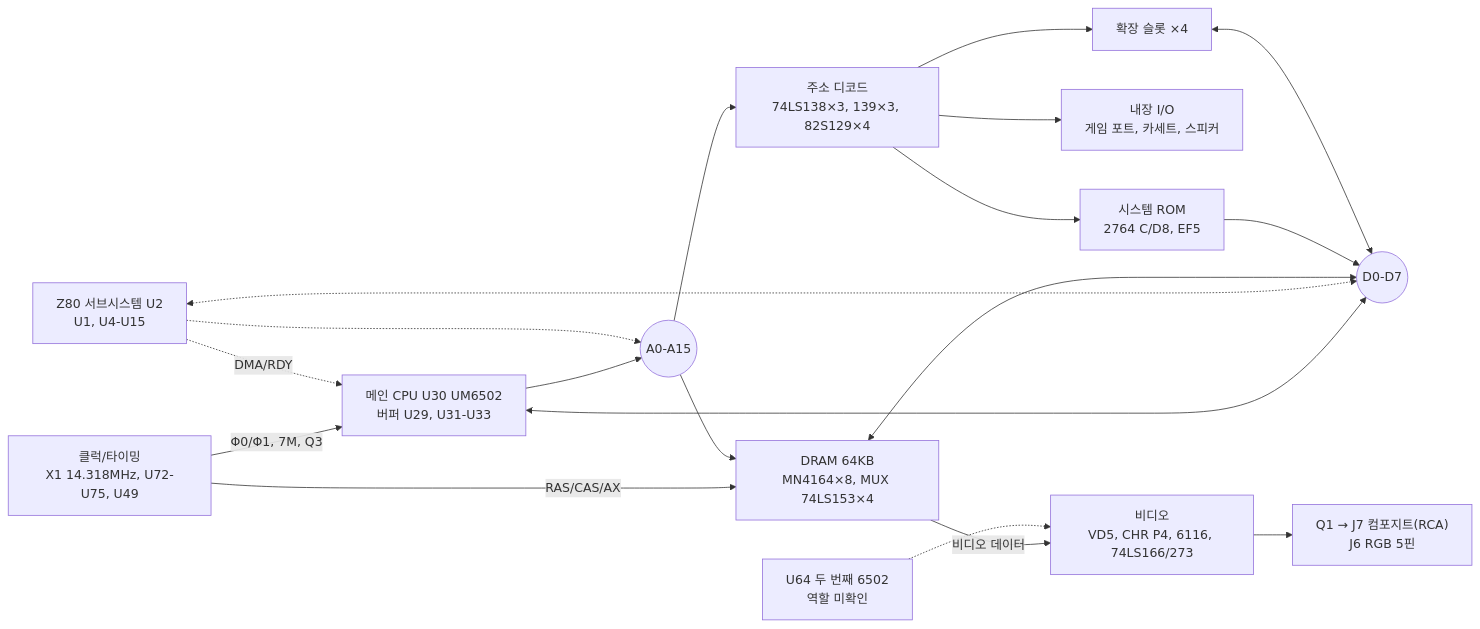
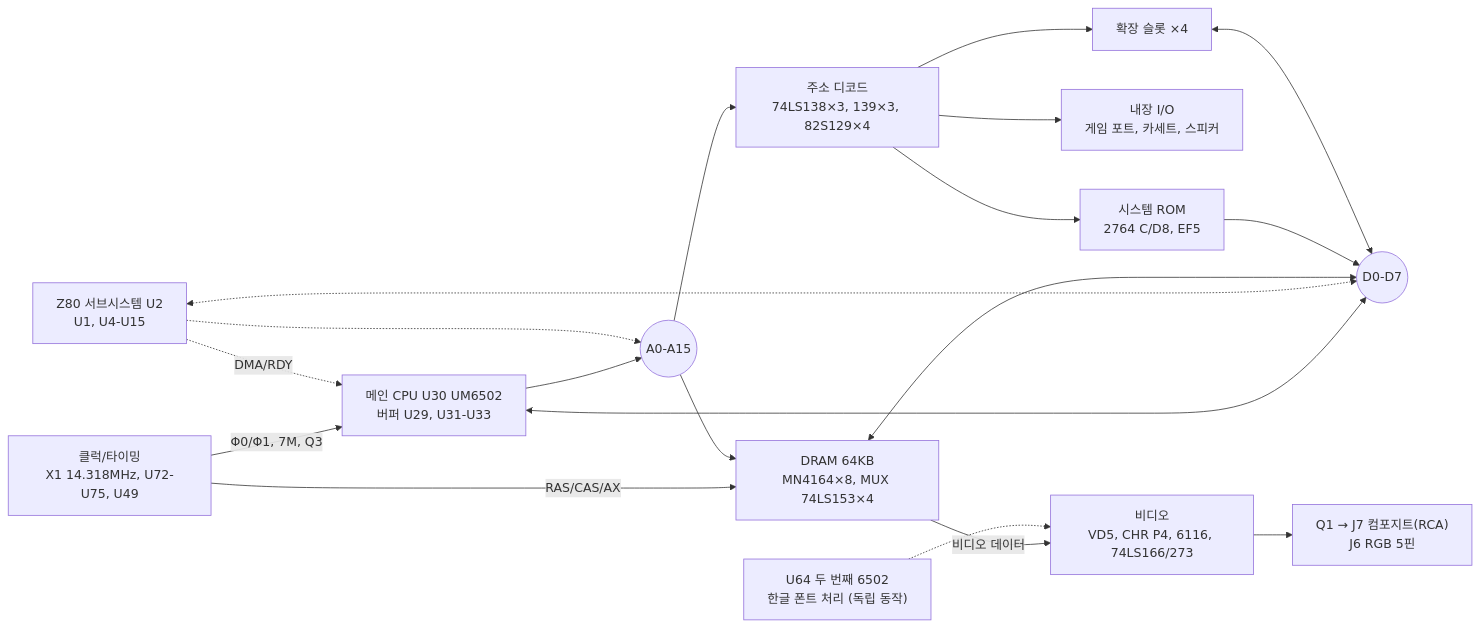
Before and after one commit to mildstorm/HART: the diagram in docs/02-system-architecture.md, drawn with Mermaid. The commit also changed other lines of this file and 10 other files, not shown here.

````diff
--- a/docs/02-system-architecture.md
+++ b/docs/02-system-architecture.md
@@ -7,21 +11,21 @@
 ```mermaid
 flowchart LR
   CLK["클럭/타이밍<br/>X1 14.318MHz, U72-U75, U49"] -->|Φ0/Φ1, 7M, Q3| CPU
   CLK -->|RAS/CAS/AX| RAM
   CPU["메인 CPU U30 UM6502<br/>버퍼 U29, U31-U33"] --> AB(("A0-A15"))
   CPU <--> DB(("D0-D7"))
   Z80["Z80 서브시스템 U2<br/>U1, U4-U15"] -.DMA/RDY.-> CPU
   Z80 -.-> AB
   Z80 <-.-> DB
   AB --> DEC["주소 디코드<br/>74LS138×3, 139×3, 82S129×4"]
   DEC --> ROM["시스템 ROM<br/>2764 C/D8, EF5"]
   DEC --> IO["내장 I/O<br/>게임 포트, 카세트, 스피커"]
   DEC --> SLOT["확장 슬롯 ×4"]
   AB --> RAM["DRAM 64KB<br/>MN4164×8, MUX 74LS153×4"]
   RAM <--> DB
   ROM --> DB
   RAM -->|비디오 데이터| VID["비디오<br/>VD5, CHR P4, 6116, 74LS166/273"]
   VID --> OUT["Q1 → J7 컴포지트(RCA)<br/>J6 RGB 5핀"]
-  U64["U64 두 번째 6502<br/>역할 미확인"] -.-> VID
+  U64["U64 두 번째 6502<br/>한글 폰트 처리 (독립 동작)"] -.-> VID
   SLOT <--> DB
 ```
````
